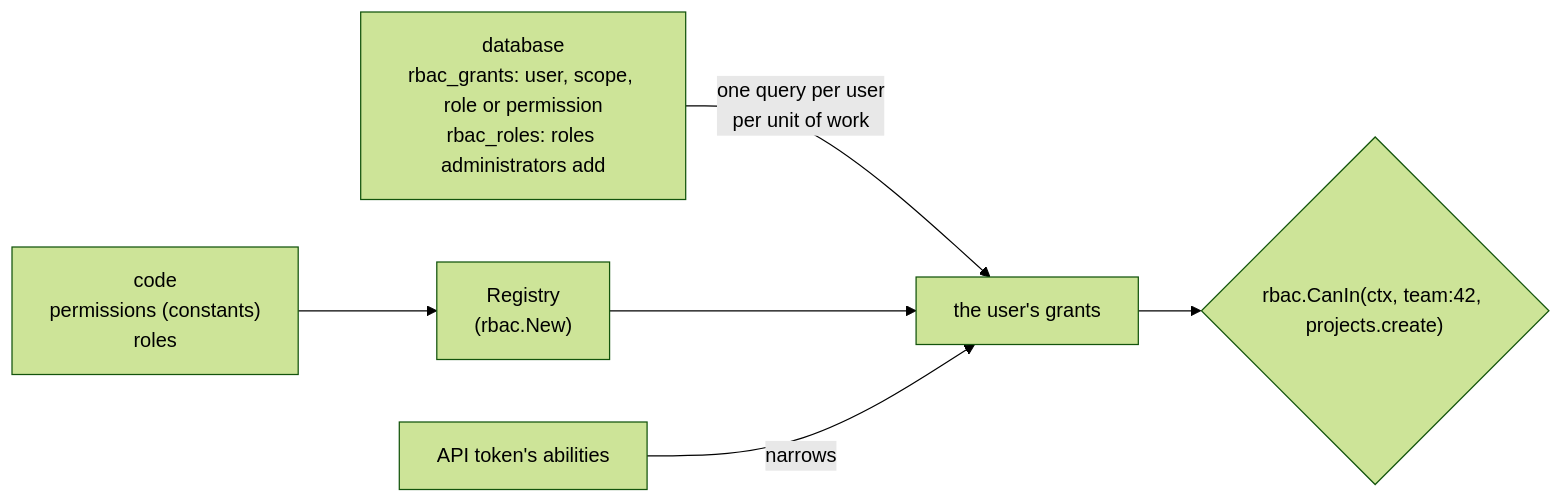
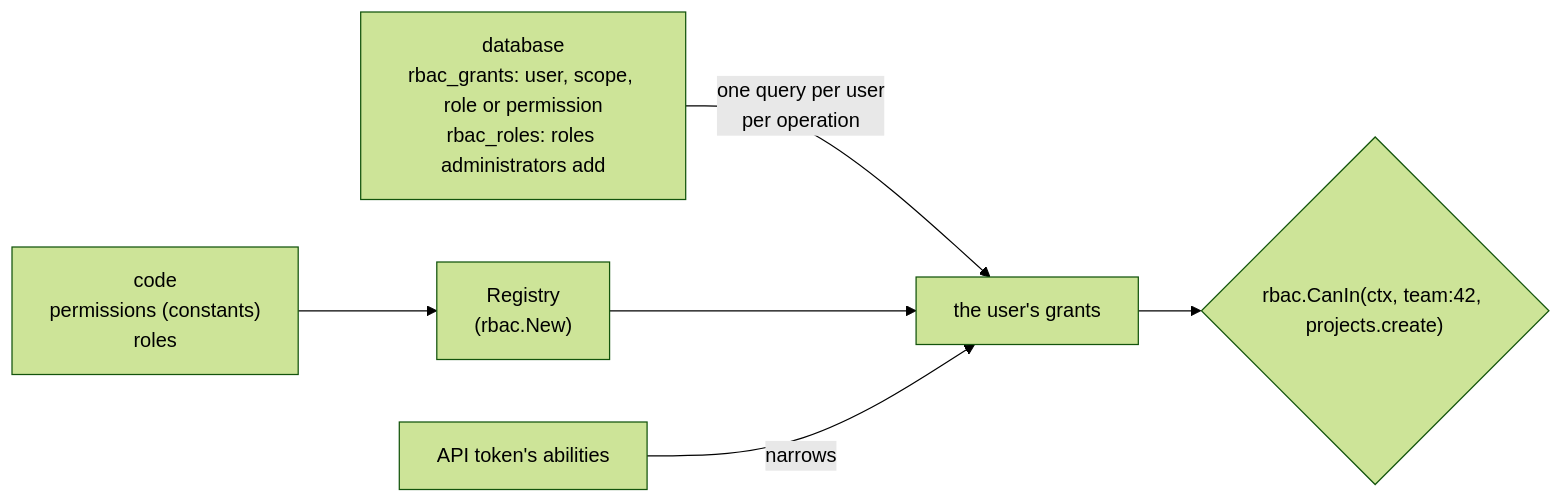
Before and after one commit to anetos-dev/anetos: the diagram in docs/site/concepts/roles-and-permissions.md, drawn with Mermaid (forest theme). The commit also changed other lines of this file and 310 other files, not shown here.

````diff
--- a/docs/site/concepts/roles-and-permissions.md
+++ b/docs/site/concepts/roles-and-permissions.md
@@ -13,8 +13,8 @@
 ```mermaid
 flowchart LR
     C["code<br/>permissions (constants)<br/>roles"] --> R["Registry<br/>(rbac.New)"]
-    D["database<br/>rbac_grants: user, scope, role or permission<br/>rbac_roles: roles administrators add"] -->|"one query per user<br/>per unit of work"| G["the user's grants"]
+    D["database<br/>rbac_grants: user, scope, role or permission<br/>rbac_roles: roles administrators add"] -->|"one query per user<br/>per operation"| G["the user's grants"]
     R --> G
     T["API token's abilities"] -->|narrows| G
     G --> Q{"rbac.CanIn(ctx, team:42, projects.create)"}
 ```
````
